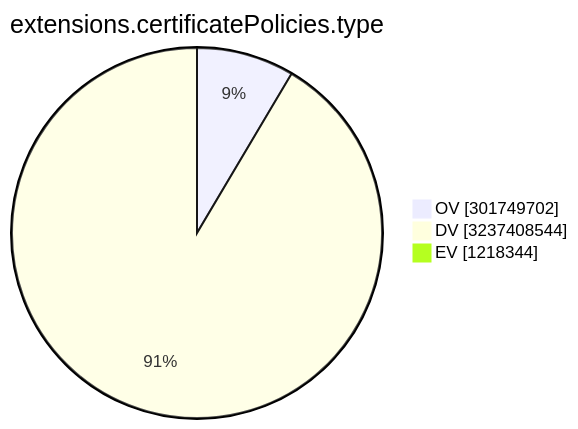
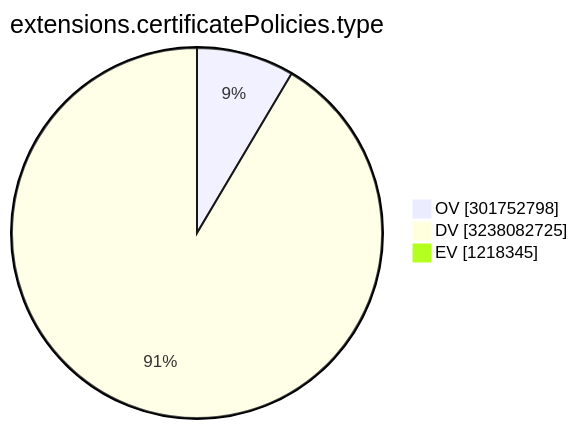
One commit to christiankrug/ctmonitor_visualization changed the ninth of 15 diagrams in TOTAL/README.md. Above: the diagram before and after it, drawn with Mermaid. The commit also changed other lines of this file, not shown here.

````diff
--- a/TOTAL/README.md
+++ b/TOTAL/README.md
@@ -3107,7 +3107,7 @@
 ```mermaid
 pie showData
 title extensions.certificatePolicies.type
-"OV" :301749702
-"DV" :3237408544
-"EV" :1218344
+"OV" :301752798
+"DV" :3238082725
+"EV" :1218345
 ```
````
